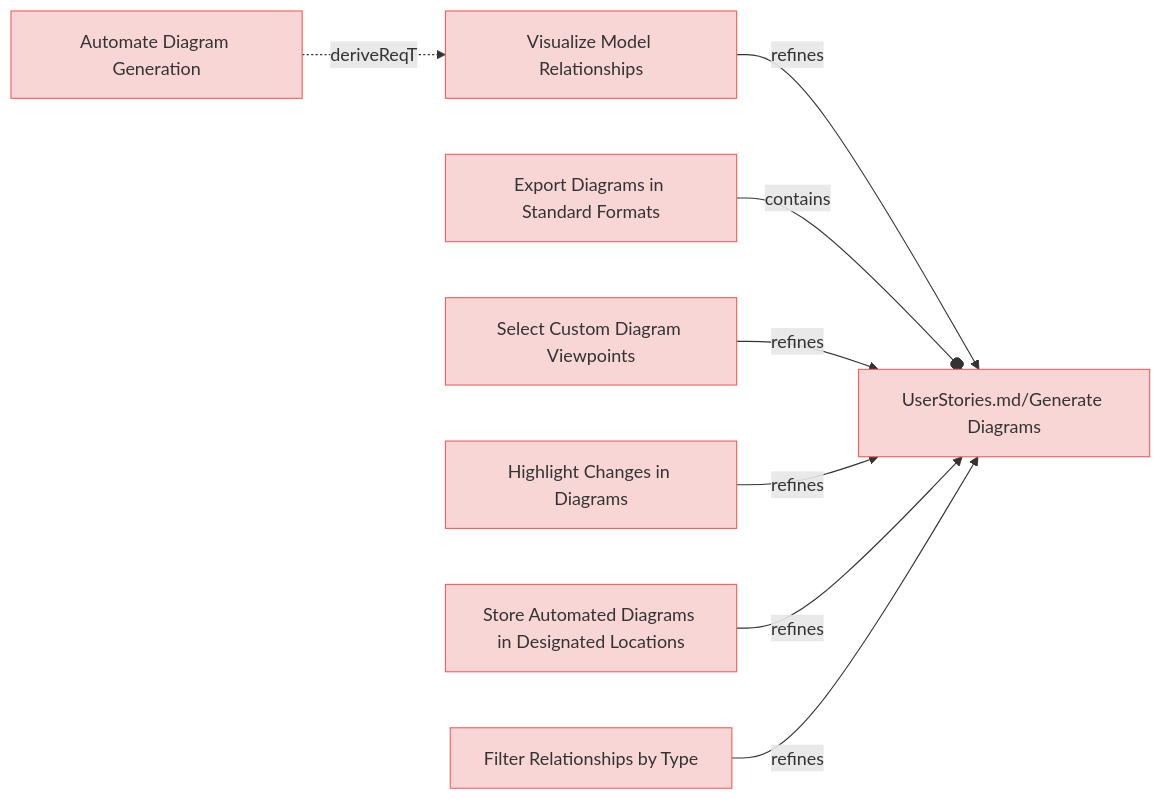
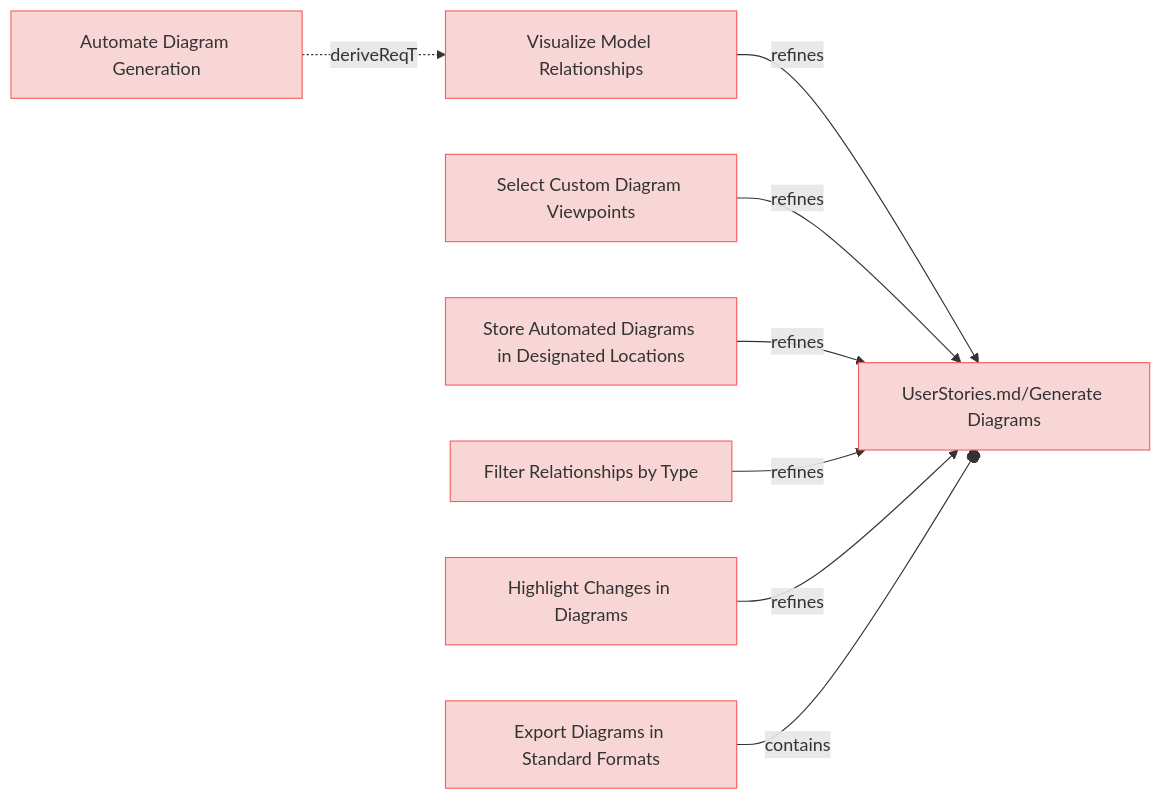
One commit to reqvire-org/reqvire changed the first of 9 diagrams in specifications/UserRequirements.md. Above: the diagram before and after it, drawn with Mermaid. The commit also changed other lines of this file and 72 other files, not shown here.

Commit message:
Major rework of the logic in reqvire. It uses git repository root as root folder and everything else is relative to it. External folders and specifications folder concept has been deprecated.

````diff
--- a/specifications/UserRequirements.md
+++ b/specifications/UserRequirements.md
@@ -4,40 +4,40 @@
 ```mermaid
 graph LR;
   %% Graph styling
   classDef requirement fill:#f9d6d6,stroke:#f55f5f,stroke-width:1px;
   classDef verification fill:#d6f9d6,stroke:#5fd75f,stroke-width:1px;
   classDef externalLink fill:#d0e0ff,stroke:#3080ff,stroke-width:1px;
   classDef default fill:#f5f5f5,stroke:#333333,stroke-width:1px;
 
   eed0b020b6ddeae1["Visualize Model Relationships"];
-  click eed0b020b6ddeae1 "https://github.com/Reqvire/reqvire/blob/ad88ba6b828e94c93382866fefd058c011c1ac60/specifications/UserRequirements.md#visualize-model-relationships";
+  click eed0b020b6ddeae1 "UserRequirements.md#visualize-model-relationships";
   class eed0b020b6ddeae1 requirement;
   694c4bb24b10f0c7["UserStories.md/Generate Diagrams"];
   class 694c4bb24b10f0c7 requirement;
-  click 694c4bb24b10f0c7 "https://github.com/Reqvire/reqvire/blob/ad88ba6b828e94c93382866fefd058c011c1ac60/specifications/UserStories.md#generate-diagrams";
+  click 694c4bb24b10f0c7 "UserStories.md#generate-diagrams";
   eed0b020b6ddeae1 -->|refines| 694c4bb24b10f0c7;
+  aa6a73dcebdfbc0d["Select Custom Diagram Viewpoints"];
+  click aa6a73dcebdfbc0d "UserRequirements.md#select-custom-diagram-viewpoints";
+  class aa6a73dcebdfbc0d requirement;
+  aa6a73dcebdfbc0d -->|refines| 694c4bb24b10f0c7;
+  89097c1311055b72["Store Automated Diagrams in Designated Locations"];
+  click 89097c1311055b72 "UserRequirements.md#store-automated-diagrams-in-designated-locations";
+  class 89097c1311055b72 requirement;
+  89097c1311055b72 -->|refines| 694c4bb24b10f0c7;
+  66e9d8186acafd13["Filter Relationships by Type"];
+  click 66e9d8186acafd13 "UserRequirements.md#filter-relationships-by-type";
+  class 66e9d8186acafd13 requirement;
+  66e9d8186acafd13 -->|refines| 694c4bb24b10f0c7;
+  ac914f743d73674e["Highlight Changes in Diagrams"];
+  click ac914f743d73674e "UserRequirements.md#highlight-changes-in-diagrams";
+  class ac914f743d73674e requirement;
+  ac914f743d73674e -->|refines| 694c4bb24b10f0c7;
+  c522cf4c404bdc24["Automate Diagram Generation"];
+  click c522cf4c404bdc24 "UserRequirements.md#automate-diagram-generation";
+  class c522cf4c404bdc24 requirement;
+  c522cf4c404bdc24 -.->|deriveReqT| eed0b020b6ddeae1;
   a0274ca0625d8493["Export Diagrams in Standard Formats"];
-  click a0274ca0625d8493 "https://github.com/Reqvire/reqvire/blob/ad88ba6b828e94c93382866fefd058c011c1ac60/specifications/UserRequirements.md#export-diagrams-in-standard-formats";
+  click a0274ca0625d8493 "UserRequirements.md#export-diagrams-in-standard-formats";
   class a0274ca0625d8493 requirement;
   a0274ca0625d8493 --o|contains| 694c4bb24b10f0c7;
-  aa6a73dcebdfbc0d["Select Custom Diagram Viewpoints"];
-  click aa6a73dcebdfbc0d "https://github.com/Reqvire/reqvire/blob/ad88ba6b828e94c93382866fefd058c011c1ac60/specifications/UserRequirements.md#select-custom-diagram-viewpoints";
-  class aa6a73dcebdfbc0d requirement;
-  aa6a73dcebdfbc0d -->|refines| 694c4bb24b10f0c7;
-  ac914f743d73674e["Highlight Changes in Diagrams"];
-  click ac914f743d73674e "https://github.com/Reqvire/reqvire/blob/ad88ba6b828e94c93382866fefd058c011c1ac60/specifications/UserRequirements.md#highlight-changes-in-diagrams";
-  class ac914f743d73674e requirement;
-  ac914f743d73674e -->|refines| 694c4bb24b10f0c7;
-  89097c1311055b72["Store Automated Diagrams in Designated Locations"];
-  click 89097c1311055b72 "https://github.com/Reqvire/reqvire/blob/ad88ba6b828e94c93382866fefd058c011c1ac60/specifications/UserRequirements.md#store-automated-diagrams-in-designated-locations";
-  class 89097c1311055b72 requirement;
-  89097c1311055b72 -->|refines| 694c4bb24b10f0c7;
-  c522cf4c404bdc24["Automate Diagram Generation"];
-  click c522cf4c404bdc24 "https://github.com/Reqvire/reqvire/blob/ad88ba6b828e94c93382866fefd058c011c1ac60/specifications/UserRequirements.md#automate-diagram-generation";
-  class c522cf4c404bdc24 requirement;
-  c522cf4c404bdc24 -.->|deriveReqT| eed0b020b6ddeae1;
-  66e9d8186acafd13["Filter Relationships by Type"];
-  click 66e9d8186acafd13 "https://github.com/Reqvire/reqvire/blob/ad88ba6b828e94c93382866fefd058c011c1ac60/specifications/UserRequirements.md#filter-relationships-by-type";
-  class 66e9d8186acafd13 requirement;
-  66e9d8186acafd13 -->|refines| 694c4bb24b10f0c7;
 ```
````
